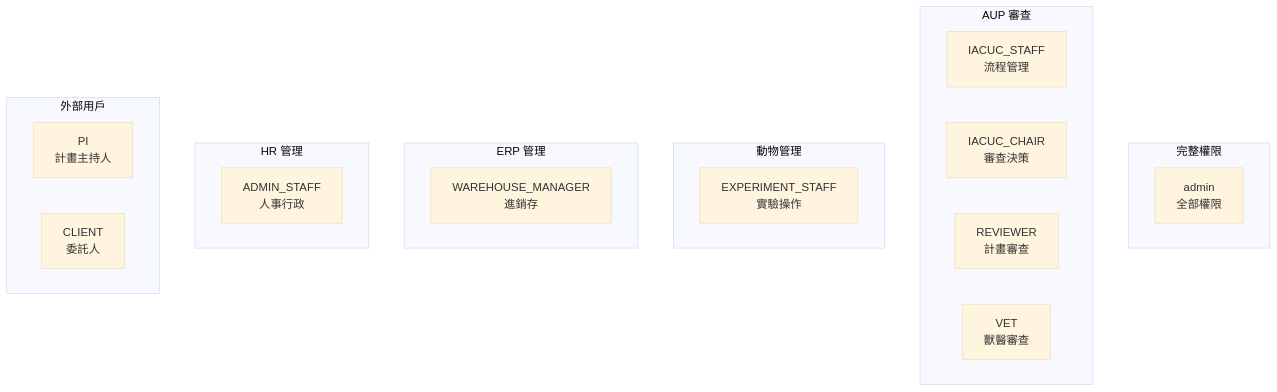
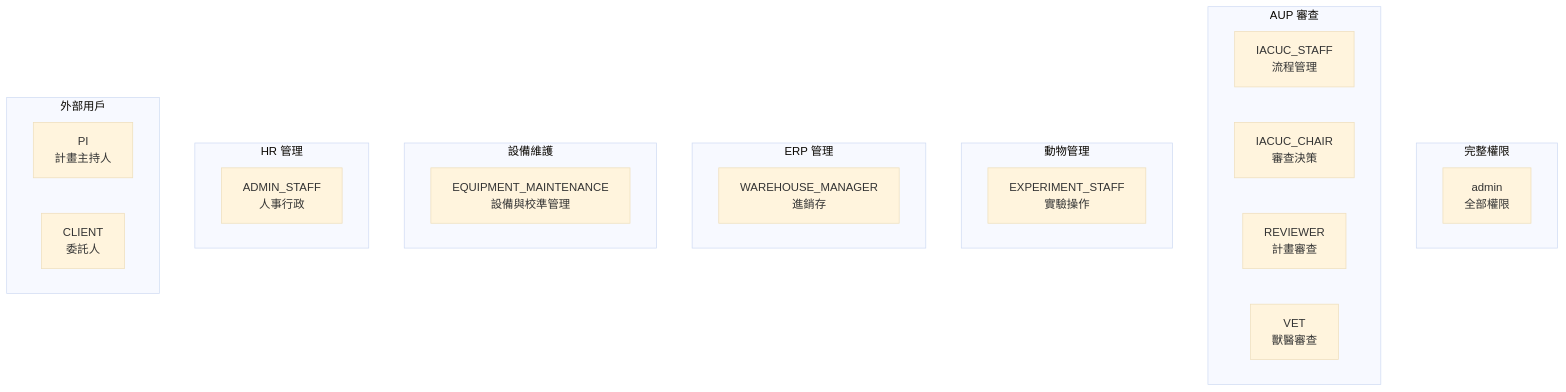
Before and after one commit to delightening/ipig_system: the second of 2 diagrams in docs/Profiling_Spec/06_PERMISSIONS_RBAC.md, drawn with Mermaid (base theme). The commit also changed other lines of this file and 38 other files, not shown here.

````diff
--- a/docs/Profiling_Spec/06_PERMISSIONS_RBAC.md
+++ b/docs/Profiling_Spec/06_PERMISSIONS_RBAC.md
@@ -45,30 +46,34 @@
 ```mermaid
 graph TD
     subgraph 完整權限
         A[admin<br/>全部權限]
     end
     
     subgraph AUP 審查
         IACUC[IACUC_STAFF<br/>流程管理]
         CHAIR[IACUC_CHAIR<br/>審查決策]
         REV[REVIEWER<br/>計畫審查]
         VET_R[VET<br/>獸醫審查]
     end
     
     subgraph 動物管理
         EXP[EXPERIMENT_STAFF<br/>實驗操作]
     end
     
     subgraph ERP 管理
         WH[WAREHOUSE_MANAGER<br/>進銷存]
     end
     
+    subgraph 設備維護
+        MNT[EQUIPMENT_MAINTENANCE<br/>設備與校準管理]
+    end
+    
     subgraph HR 管理
         ADM[ADMIN_STAFF<br/>人事行政]
     end
     
     subgraph 外部用戶
         PI_R[PI<br/>計畫主持人]
         CL[CLIENT<br/>委託人]
     end
 ```
````
